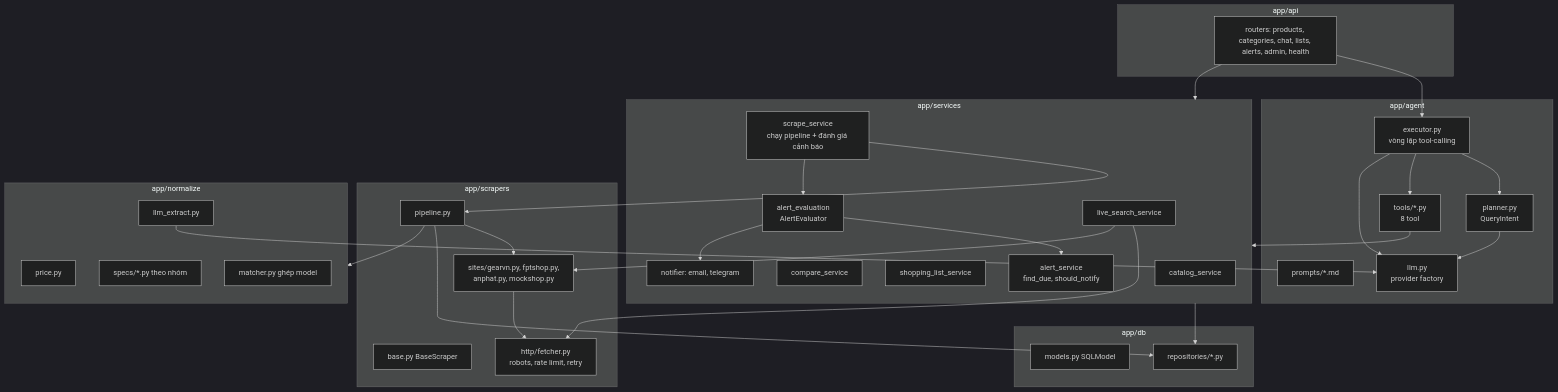
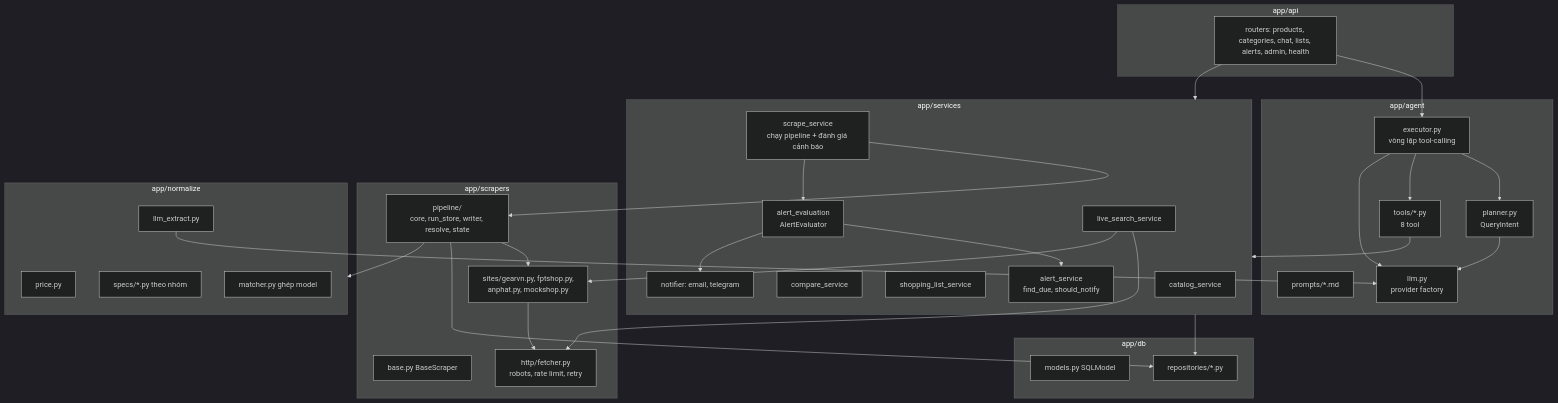
One commit to VUTIENTHANG2k4/product-buyer-agent changed the third of 5 diagrams in docs/03-architecture.md. Above: the diagram before and after it, drawn with Mermaid (dark theme). The commit also changed other lines of this file and 17 other files, not shown here.

````diff
--- a/docs/03-architecture.md
+++ b/docs/03-architecture.md
@@ -66,58 +66,58 @@
 ```mermaid
 flowchart TB
   subgraph api_layer[app/api]
     routes[routers: products, categories, chat, lists, alerts, admin, health]
   end
   subgraph agent_layer[app/agent]
     planner[planner.py<br/>QueryIntent]
     executor[executor.py<br/>vòng lặp tool-calling]
     tools[tools/*.py<br/>8 tool]
     prompts[prompts/*.md]
     llmf[llm.py<br/>provider factory]
   end
   subgraph services[app/services]
     catalog[catalog_service]
     compare[compare_service]
     lists[shopping_list_service]
     alerts[alert_service<br/>find_due, should_notify]
     evaluator[alert_evaluation<br/>AlertEvaluator]
     live[live_search_service]
     notifier[notifier: email, telegram]
     scrapesvc[scrape_service<br/>chạy pipeline + đánh giá cảnh báo]
   end
   subgraph scraping[app/scrapers]
     base[base.py BaseScraper]
     fetcher[http/fetcher.py<br/>robots, rate limit, retry]
     sites[sites/gearvn.py, fptshop.py,<br/>anphat.py, mockshop.py]
-    pipeline[pipeline.py]
+    pipeline[pipeline/<br/>core, run_store, writer, resolve, state]
   end
   subgraph normalize[app/normalize]
     price[price.py]
     specs[specs/*.py theo nhóm]
     matcher[matcher.py ghép model]
     llmext[llm_extract.py]
   end
   subgraph data[app/db]
     models[models.py SQLModel]
     repos[repositories/*.py]
   end
   routes --> executor
   routes --> services
   executor --> planner
   executor --> tools
   tools --> services
   planner --> llmf
   executor --> llmf
   services --> repos
   live --> fetcher
   live --> sites
   pipeline --> sites
   sites --> fetcher
   pipeline --> normalize
   pipeline --> repos
   llmext --> llmf
   evaluator --> alerts
   evaluator --> notifier
   scrapesvc --> pipeline
   scrapesvc --> evaluator
 ```
````
